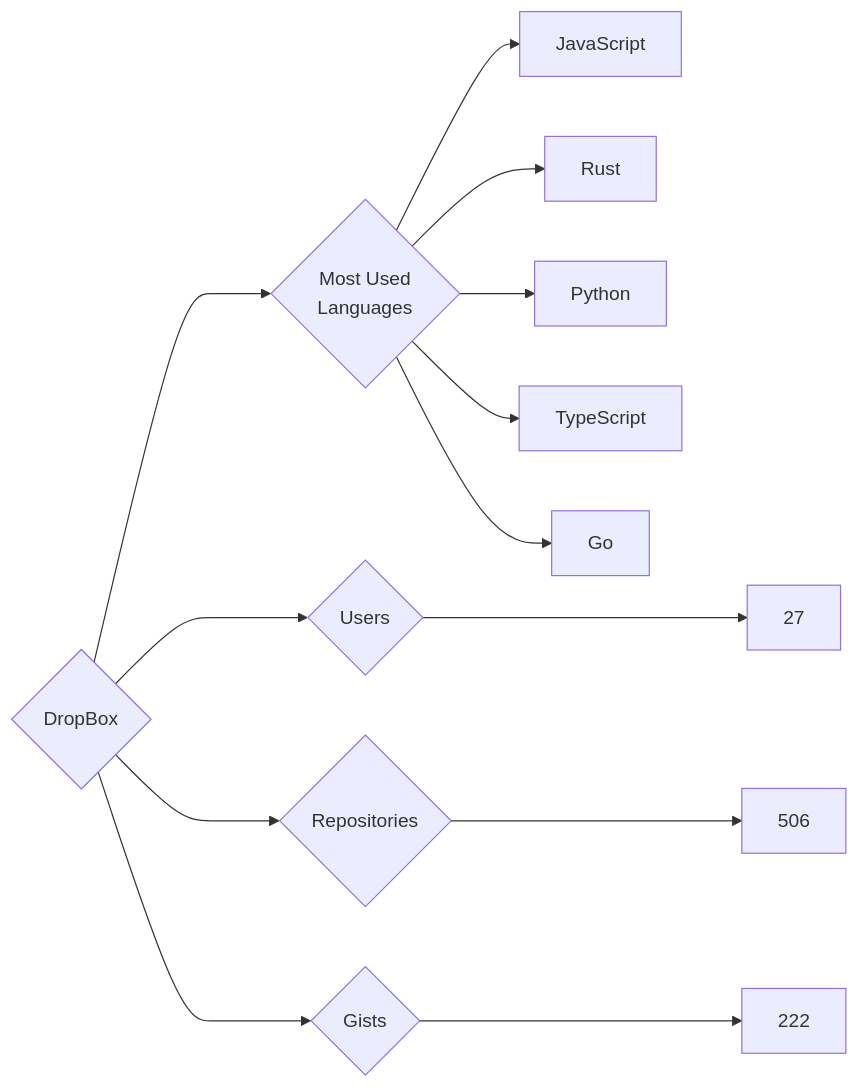
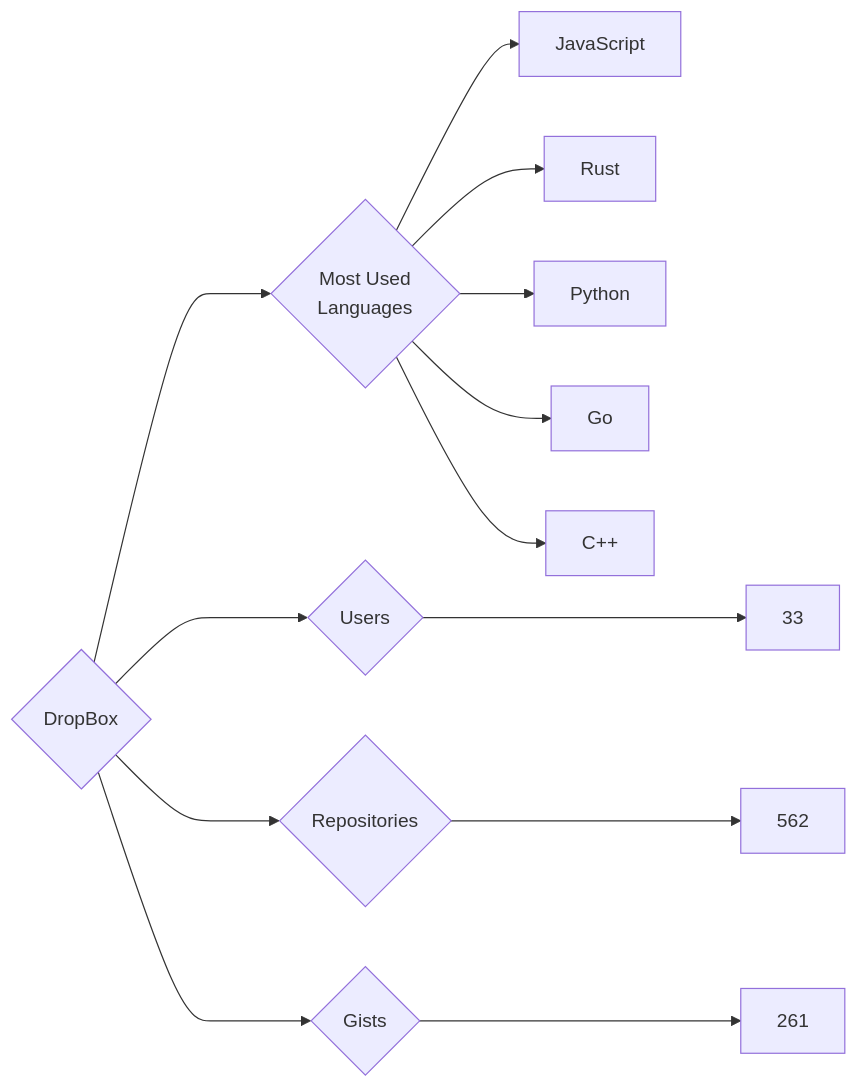
Before and after one commit to trickest/insiders: the diagram in targets/DropBox/README.md, drawn with Mermaid. The commit also changed 895 other files, not shown here.

````diff
--- a/targets/DropBox/README.md
+++ b/targets/DropBox/README.md
@@ -3,13 +3,13 @@
 ```mermaid
 graph LR
 COMPANY_NAME{DropBox}
-COMPANY_NAME ---> U{Users} ---> UN[27]
-COMPANY_NAME ---> R{Repositories} ---> RN[506]
-COMPANY_NAME ---> G{Gists} ---> GN[222]
+COMPANY_NAME ---> U{Users} ---> UN[33]
+COMPANY_NAME ---> R{Repositories} ---> RN[562]
+COMPANY_NAME ---> G{Gists} ---> GN[261]
 COMPANY_NAME ---> ML{Most Used<br>Languages}
 ML --> JavaScript[JavaScript]
 ML --> Rust[Rust]
 ML --> Python[Python]
-ML --> TypeScript[TypeScript]
 ML --> Go[Go]
+ML --> C++[C++]
 ```
````
